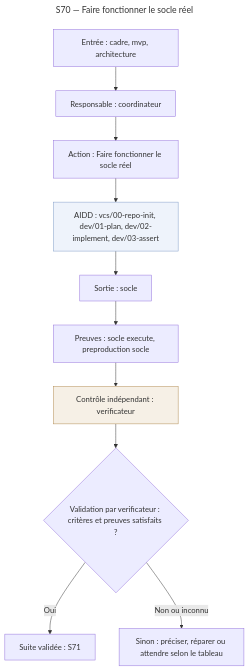
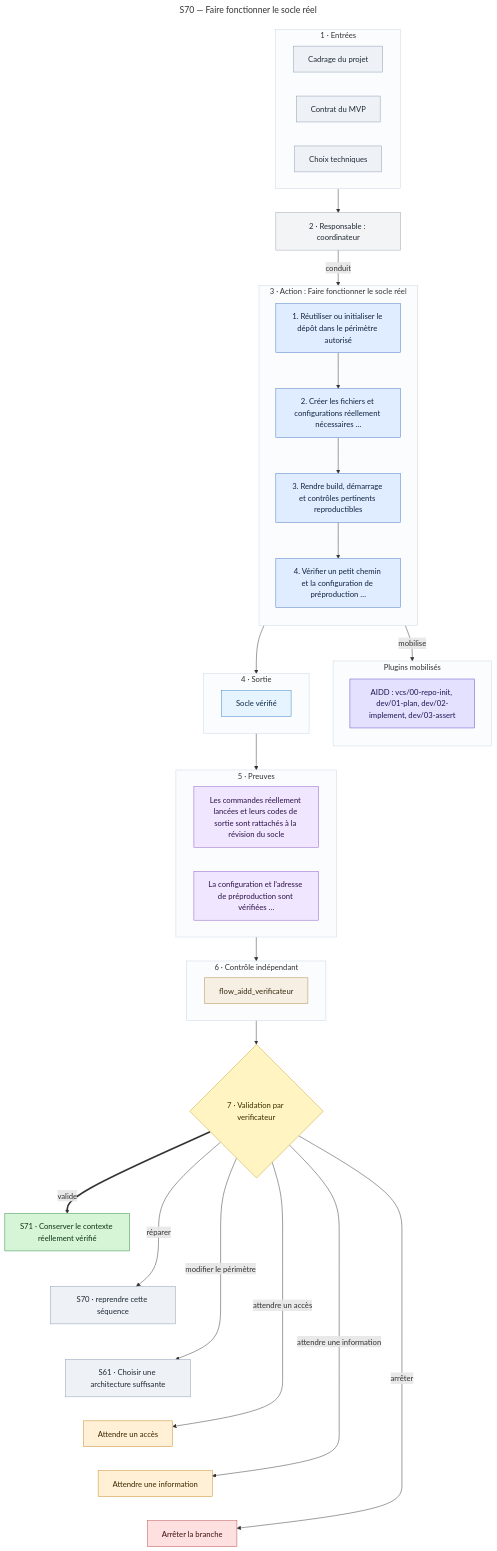
The diagram in docs/schemas/S70.mmd (yanix2445/flow-aidd), drawn with Mermaid before and after one commit. The commit also changed 23 other files, not shown here.

First line of the commit message:
docs(schemas): redraw Mermaid schemas with aidd-context:09-mermaid

```diff
--- a/docs/schemas/S70.mmd
+++ b/docs/schemas/S70.mmd
@@ -1,27 +1,89 @@
 ---
 title: "S70 — Faire fonctionner le socle réel"
 ---
 flowchart TB
-  Entree["Entrée : cadre, mvp, architecture"]
-  Responsable["Responsable : coordinateur"]
-  Action["Action : Faire fonctionner le socle réel"]
-  Plugins["AIDD : vcs/00-repo-init, dev/01-plan, dev/02-implement, dev/03-assert"]
-  Sortie["Sortie : socle"]
-  Preuve["Preuves : socle execute, preproduction socle"]
-  Controle["Contrôle indépendant : verificateur"]
-  Validation{"Validation par verificateur : critères et preuves satisfaits ?"}
-  Destination["Suite validée : S71"]
-  AutreIssue["Sinon : préciser, réparer ou attendre selon le tableau"]
-  Entree --> Responsable
-  Responsable --> Action
-  Action --> Plugins
-  Plugins --> Sortie
-  Sortie --> Preuve
-  Preuve --> Controle
+  subgraph Entrees["1 · Entrées"]
+    EntreeCadre["Cadrage du projet"]
+    EntreeMvp["Contrat du MVP"]
+    EntreeArchitecture["Choix techniques"]
+  end
+  Responsable["2 · Responsable : coordinateur"]
+  subgraph Action["3 · Action : Faire fonctionner le socle réel"]
+    direction TB
+    Etape1["1. Réutiliser ou initialiser le dépôt dans le périmètre autorisé"]
+    Etape2["2. Créer les fichiers et configurations réellement nécessaires …"]
+    Etape3["3. Rendre build, démarrage et contrôles pertinents reproductibles"]
+    Etape4["4. Vérifier un petit chemin et la configuration de préproduction …"]
+  end
+  subgraph Plugins["Plugins mobilisés"]
+    direction TB
+    PluginsAidd["AIDD : vcs/00-repo-init, dev/01-plan, dev/02-implement, dev/03-assert"]
+  end
+  subgraph Sortie["4 · Sortie"]
+    SortieSocle["Socle vérifié"]
+  end
+  subgraph Preuves["5 · Preuves"]
+    PreuveSocleExecute["Les commandes réellement lancées et leurs codes de sortie sont rattachés à la révision du socle"]
+    PreuvePreproductionSocle["La configuration et l’adresse de préproduction sont vérifiées …"]
+  end
+  subgraph Controle["6 · Contrôle indépendant"]
+    AgentVerificateur["flow_aidd_verificateur"]
+  end
+  Validation{"7 · Validation par verificateur"}
+  VersS71["S71 · Conserver le contexte réellement vérifié"]
+  VersS70["S70 · reprendre cette séquence"]
+  VersS61["S61 · Choisir une architecture suffisante"]
+  VersWAIT_ACCESS["Attendre un accès"]
+  VersWAIT_INFO["Attendre une information"]
+  VersSTOP["Arrêter la branche"]
+  Entrees --> Responsable
+  Responsable -- "conduit" --> Action
+  Etape1 --> Etape2
+  Etape2 --> Etape3
+  Etape3 --> Etape4
+  Action -- "mobilise" --> Plugins
+  Action --> Sortie
+  Sortie --> Preuves
+  Preuves --> Controle
   Controle --> Validation
-  Validation -- "Oui" --> Destination
-  Validation -- "Non ou inconnu" --> AutreIssue
-  classDef plugins fill:#eef3fb,stroke:#7f9cc7
-  class Plugins plugins
-  classDef controle fill:#f6f0e6,stroke:#b08a4f
-  class Controle controle
+  VersS71 ~~~ VersS70
+  VersS70 ~~~ VersS61
+  VersS61 ~~~ VersWAIT_ACCESS
+  VersWAIT_ACCESS ~~~ VersWAIT_INFO
+  VersWAIT_INFO ~~~ VersSTOP
+  Validation == "valide" ==> VersS71
+  Validation -- "réparer" --> VersS70
+  Validation -- "modifier le périmètre" --> VersS61
+  Validation -- "attendre un accès" --> VersWAIT_ACCESS
+  Validation -- "attendre une information" --> VersWAIT_INFO
+  Validation -- "arrêter" --> VersSTOP
+  classDef entree fill:#eef2f7,stroke:#8a9bb0,color:#1f2933
+  classDef responsable fill:#f3f4f6,stroke:#9ca3af,color:#1f2933
+  classDef etape fill:#e0ecff,stroke:#4a78c2,color:#10243f
+  classDef aidd fill:#e4e1ff,stroke:#5b4fc7,color:#1d1554
+  classDef sortie fill:#e6f4ff,stroke:#3b82c4,color:#0b2a44
+  classDef preuve fill:#f1e6ff,stroke:#8b5cc7,color:#2b1247
+  classDef controle fill:#f6efe3,stroke:#b08a4f,color:#3a2a10
+  classDef validation fill:#fff4c2,stroke:#c9a227,color:#3a2e00
+  classDef ok fill:#d6f5d6,stroke:#2f8f46,color:#0d3318
+  classDef retour fill:#eef2f7,stroke:#8a9bb0,color:#1f2933
+  classDef attente fill:#fff0d6,stroke:#c98a2b,color:#3a2600
+  classDef stop fill:#ffe0e0,stroke:#c24a4a,color:#3d0f0f
+  class EntreeCadre,EntreeMvp,EntreeArchitecture entree
+  class Responsable responsable
+  class Etape1,Etape2,Etape3,Etape4 etape
+  class PluginsAidd aidd
+  class SortieSocle sortie
+  class PreuveSocleExecute,PreuvePreproductionSocle preuve
+  class AgentVerificateur controle
+  class Validation validation
+  class VersS71 ok
+  class VersS70,VersS61 retour
+  class VersWAIT_ACCESS,VersWAIT_INFO attente
+  class VersSTOP stop
+  style Entrees fill:#fbfcfe,stroke:#cbd5e1
+  style Action fill:#fbfcfe,stroke:#cbd5e1
+  style Plugins fill:#fbfcfe,stroke:#cbd5e1
+  style Sortie fill:#fbfcfe,stroke:#cbd5e1
+  style Preuves fill:#fbfcfe,stroke:#cbd5e1
+  style Controle fill:#fbfcfe,stroke:#cbd5e1
```
